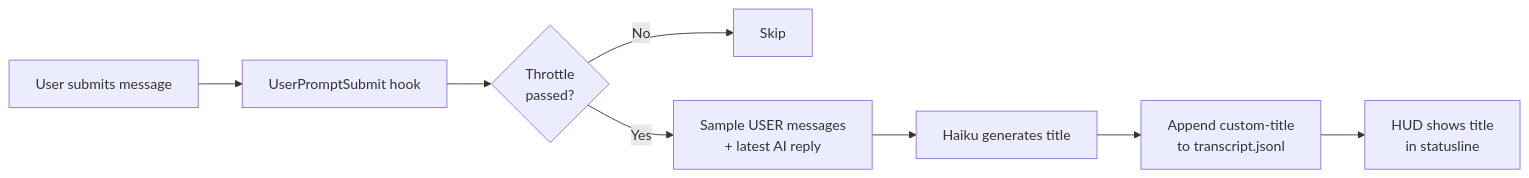
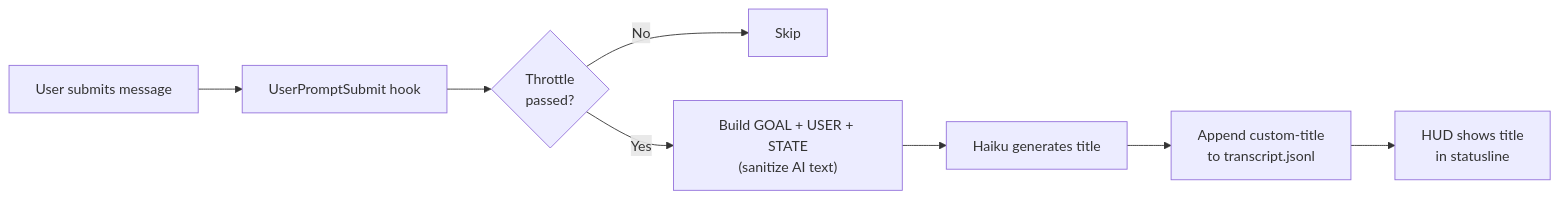
The diagram in README.md (macworld/claude-live-title), drawn with Mermaid before and after one commit. The commit also changed other lines of this file and 4 other files, not shown here.

First line of the commit message:
release: 1.2.0 — GOAL/USER/STATE dialog + sanitize pipeline

````diff
--- a/README.md
+++ b/README.md
@@ -42,10 +45,10 @@
 ```mermaid
 flowchart LR
     A[User submits message] --> B[UserPromptSubmit hook]
     B --> C{Throttle<br/>passed?}
     C -->|No| D[Skip]
-    C -->|Yes| E["Sample USER messages<br/>+ latest AI reply"]
+    C -->|Yes| E["Build GOAL + USER + STATE<br/>(sanitize AI text)"]
     E --> F[Haiku generates title]
     F --> G[Append custom-title<br/>to transcript.jsonl]
     G --> H[HUD shows title<br/>in statusline]
 ```
````
